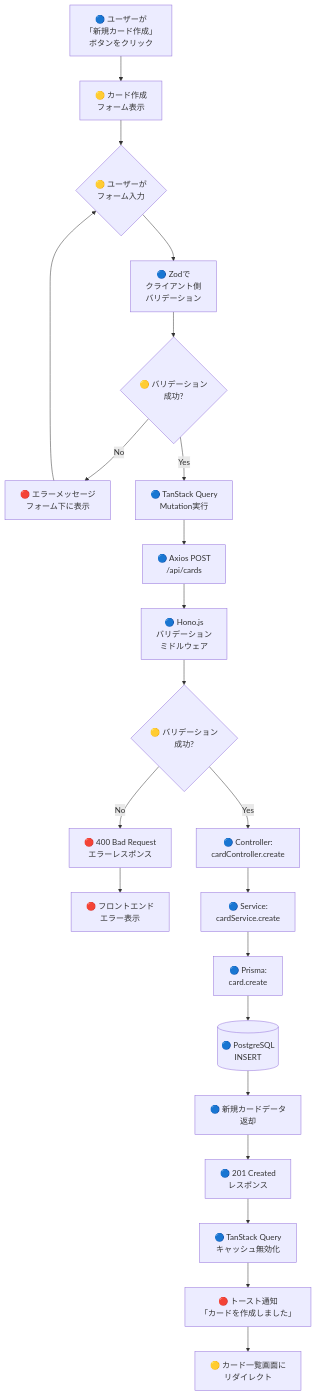
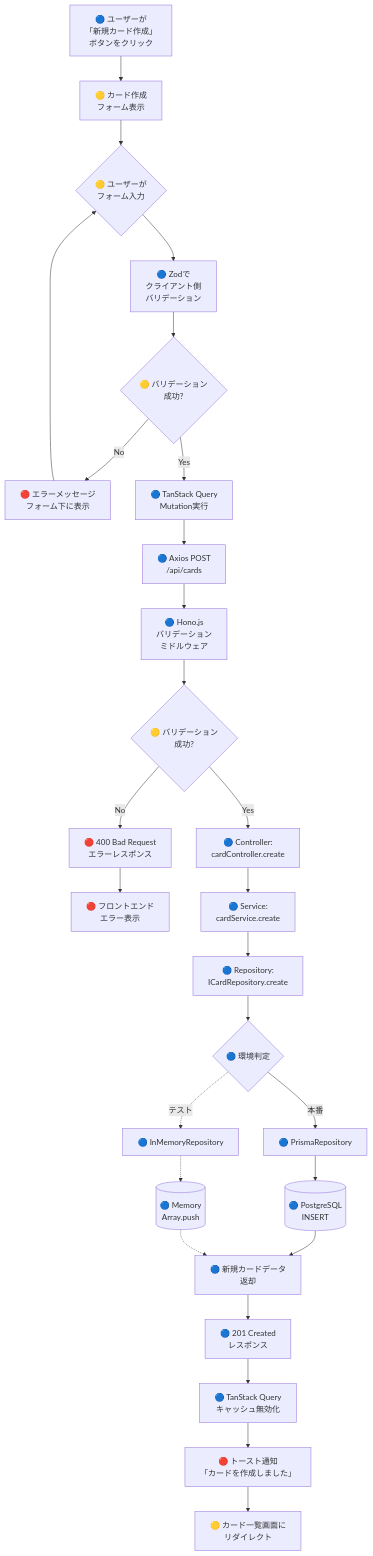
The second of 11 diagrams in docs/design/resource-management-webapp/dataflow.md (yaguma/atelier_resource_management), drawn with Mermaid before and after one commit. The commit also changed other lines of this file and 4 other files, not shown here.

````diff
--- a/docs/design/resource-management-webapp/dataflow.md
+++ b/docs/design/resource-management-webapp/dataflow.md
@@ -60,24 +71,29 @@
 ```mermaid
 flowchart TD
     A[🔵 ユーザーが<br/>「新規カード作成」<br/>ボタンをクリック] --> B[🟡 カード作成<br/>フォーム表示]
     B --> C{🟡 ユーザーが<br/>フォーム入力}
     C --> D[🔵 Zodで<br/>クライアント側<br/>バリデーション]
     D --> E{🟡 バリデーション<br/>成功?}
     E -->|No| F[🔴 エラーメッセージ<br/>フォーム下に表示]
     F --> C
     E -->|Yes| G[🔵 TanStack Query<br/>Mutation実行]
     G --> H[🔵 Axios POST<br/>/api/cards]
     H --> I[🔵 Hono.js<br/>バリデーション<br/>ミドルウェア]
     I --> J{🟡 バリデーション<br/>成功?}
     J -->|No| K[🔴 400 Bad Request<br/>エラーレスポンス]
     K --> L[🔴 フロントエンド<br/>エラー表示]
     J -->|Yes| M[🔵 Controller:<br/>cardController.create]
     M --> N[🔵 Service:<br/>cardService.create]
-    N --> O[🔵 Prisma:<br/>card.create]
-    O --> P[(🔵 PostgreSQL<br/>INSERT)]
-    P --> Q[🔵 新規カードデータ<br/>返却]
-    Q --> R[🔵 201 Created<br/>レスポンス]
-    R --> S[🔵 TanStack Query<br/>キャッシュ無効化]
-    S --> T[🔴 トースト通知<br/>「カードを作成しました」]
-    T --> U[🟡 カード一覧画面に<br/>リダイレクト]
+    N --> O[🔵 Repository:<br/>ICardRepository.create]
+    O --> P{🔵 環境判定}
+    P -->|本番| Q1[🔵 PrismaRepository]
+    P -.->|テスト| R1[🔵 InMemoryRepository]
+    Q1 --> S1[(🔵 PostgreSQL<br/>INSERT)]
+    R1 -.-> T1[(🔵 Memory<br/>Array.push)]
+    S1 --> U1[🔵 新規カードデータ<br/>返却]
+    T1 -.-> U1
+    U1 --> V[🔵 201 Created<br/>レスポンス]
+    V --> W[🔵 TanStack Query<br/>キャッシュ無効化]
+    W --> X[🔴 トースト通知<br/>「カードを作成しました」]
+    X --> Y[🟡 カード一覧画面に<br/>リダイレクト]
 ```
````
